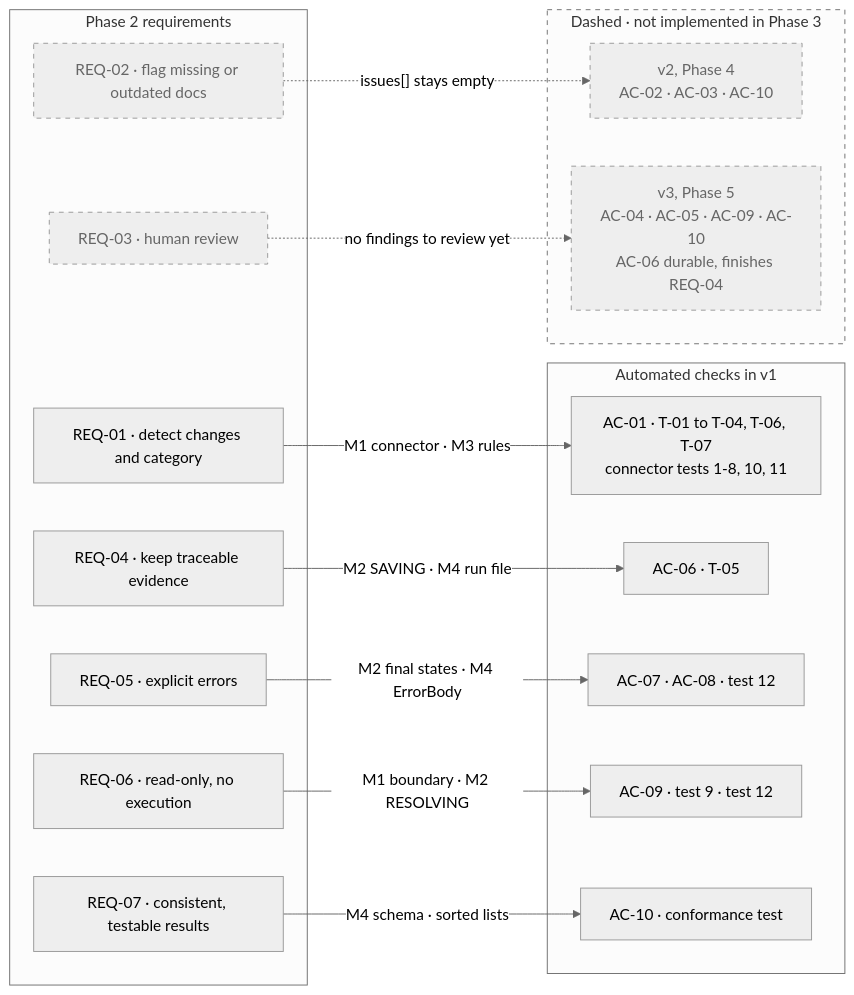
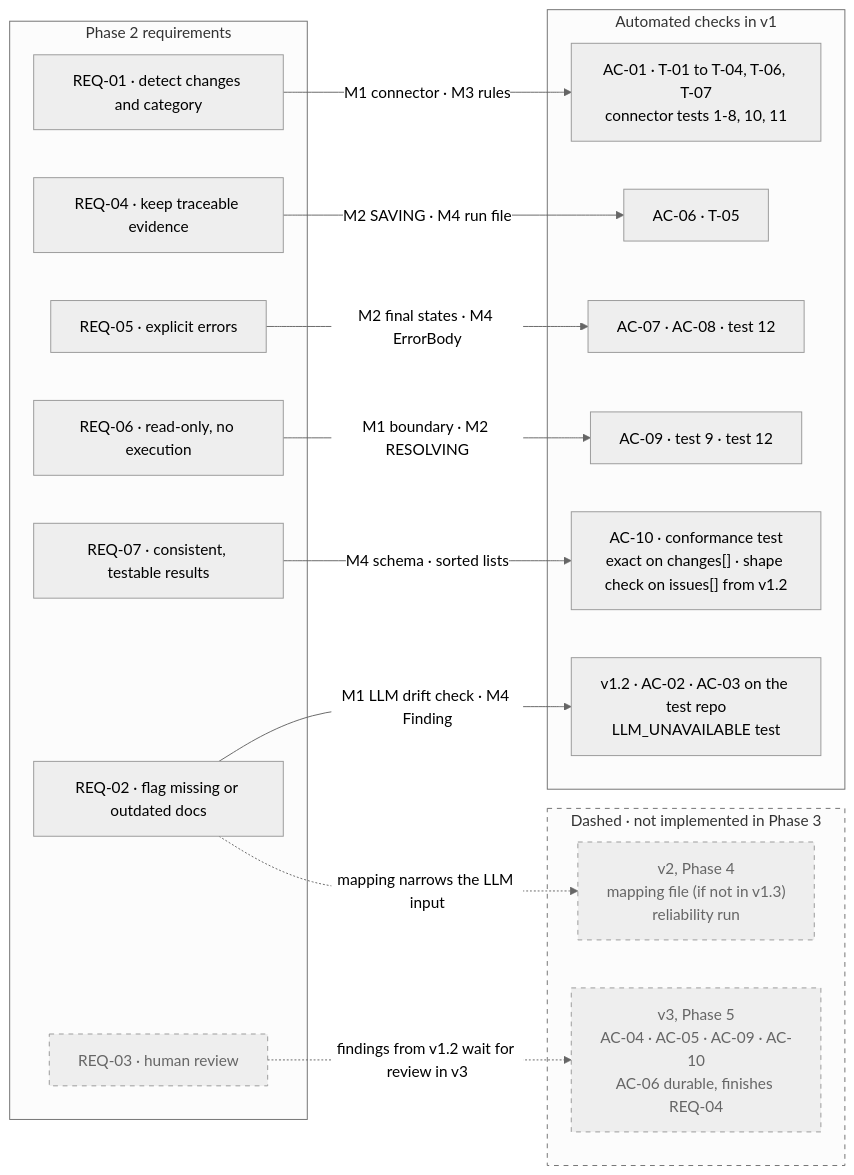
One commit to BarshanB/DocumentationDrifter changed the diagram in Models/v1/M5-traceability.md. Above: the diagram before and after it, drawn with Mermaid (neutral theme). The commit also changed other lines of this file and 15 other files, not shown here.

First line of the commit message:
Align docs and diagrams with the 2026-10-17 decisions

````diff
--- a/Models/v1/M5-traceability.md
+++ b/Models/v1/M5-traceability.md
@@ -5,40 +5,42 @@
 ```mermaid
 flowchart LR
   accTitle: M5 requirement traceability
-  accDescr: Five requirements are realized in v1 through models M1 to M4 and held by automated checks. REQ-02 and REQ-03 are dashed because they are not implemented in Phase 3; they are deferred to v2 and v3. The v3 box also lists AC-06 with durable runs, which finishes REQ-04.
+  accDescr: Five requirements are realized in v1 through models M1 to M4 and held by automated checks. REQ-02 is carried by the v1.2 LLM drift check, with AC-10 relaxed to a shape check on issues. REQ-03 is dashed because it is not implemented in Phase 3; it is deferred to v3. The v3 box also lists AC-06 with durable runs, which finishes REQ-04.
 
   subgraph REQS["Phase 2 requirements"]
     R1["REQ-01 · detect changes and category"]
     R4["REQ-04 · keep traceable evidence"]
     R5["REQ-05 · explicit errors"]
     R6["REQ-06 · read-only, no execution"]
     R7["REQ-07 · consistent, testable results"]
     R2["REQ-02 · flag missing or outdated docs"]
     R3["REQ-03 · human review"]
   end
 
   subgraph CHECKS["Automated checks in v1"]
     C1["AC-01 · T-01 to T-04, T-06, T-07<br/>connector tests 1-8, 10, 11"]
     C4["AC-06 · T-05"]
     C5["AC-07 · AC-08 · test 12"]
     C6["AC-09 · test 9 · test 12"]
-    C7["AC-10 · conformance test"]
+    C7["AC-10 · conformance test<br/>exact on changes[] · shape check on issues[] from v1.2"]
+    C2["v1.2 · AC-02 · AC-03 on the test repo<br/>LLM_UNAVAILABLE test"]
   end
 
   subgraph LATER["Dashed · not implemented in Phase 3"]
-    V2["v2, Phase 4<br/>AC-02 · AC-03 · AC-10"]
+    V2["v2, Phase 4<br/>mapping file (if not in v1.3)<br/>reliability run"]
     V3["v3, Phase 5<br/>AC-04 · AC-05 · AC-09 · AC-10<br/>AC-06 durable, finishes REQ-04"]
   end
 
   R1 -->|"M1 connector · M3 rules"| C1
   R4 -->|"M2 SAVING · M4 run file"| C4
   R5 -->|"M2 final states · M4 ErrorBody"| C5
   R6 -->|"M1 boundary · M2 RESOLVING"| C6
   R7 -->|"M4 schema · sorted lists"| C7
-  R2 -.->|"issues[] stays empty"| V2
-  R3 -.->|"no findings to review yet"| V3
+  R2 -->|"M1 LLM drift check · M4 Finding"| C2
+  R2 -.->|"mapping narrows the LLM input"| V2
+  R3 -.->|"findings from v1.2 wait for review in v3"| V3
 
   classDef later stroke-dasharray: 5 5,color:#666
-  class R2,R3,V2,V3 later
+  class R3,V2,V3 later
   style LATER stroke-dasharray: 5 5
 ```
````
